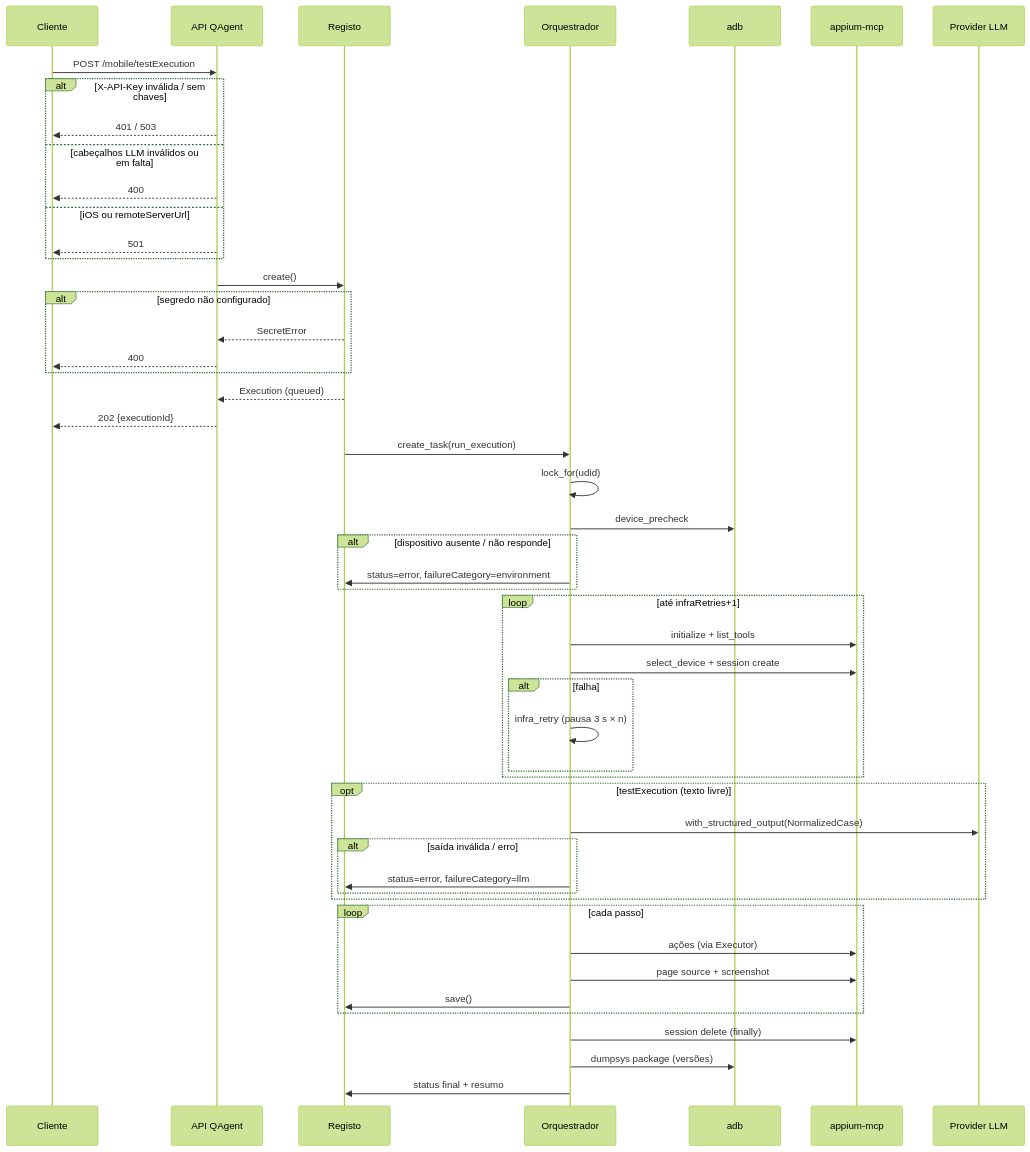
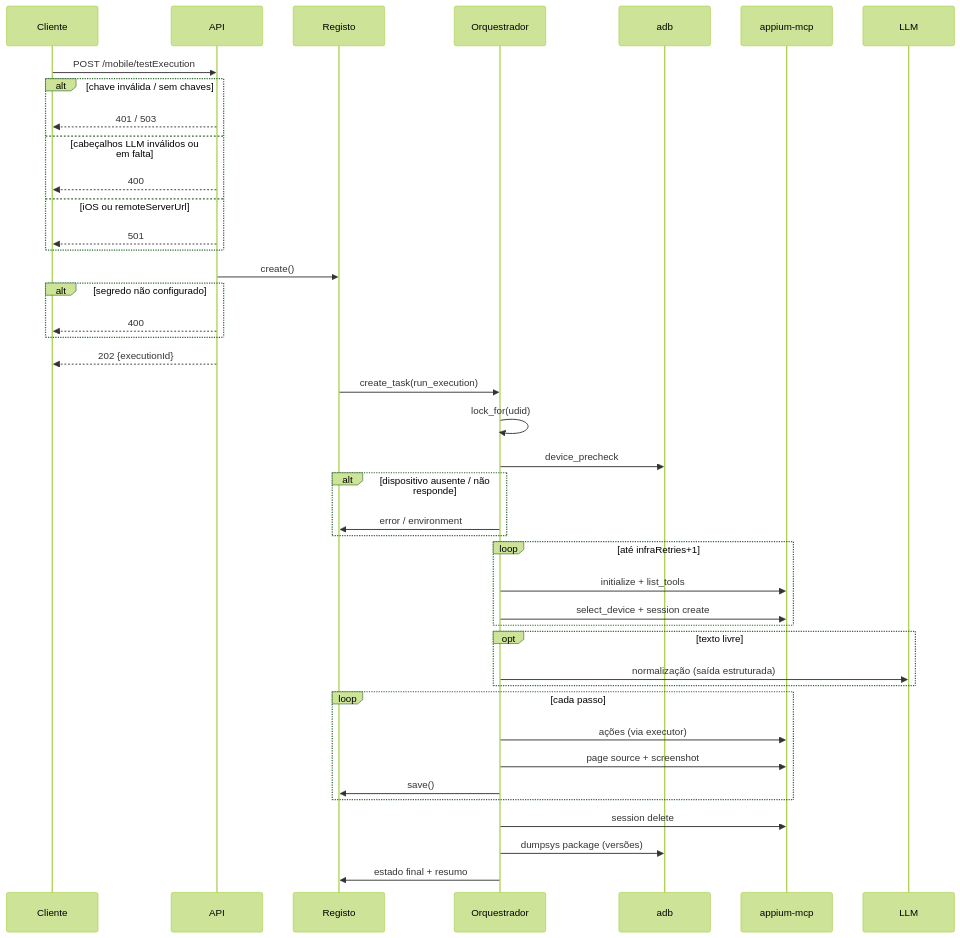
One commit to rualteixeira/QAgent changed the second of 4 diagrams in docs/ARQUITETURA.md. Above: the diagram before and after it, drawn with Mermaid (forest theme). The commit also changed other lines of this file, not shown here.

````diff
--- a/docs/ARQUITETURA.md
+++ b/docs/ARQUITETURA.md
@@ -540,53 +356,45 @@
 ```mermaid
 sequenceDiagram
     participant C as Cliente
-    participant API as API QAgent
+    participant API as API
     participant R as Registo
     participant O as Orquestrador
     participant A as adb
     participant M as appium-mcp
-    participant L as Provider LLM
+    participant L as LLM
 
     C->>API: POST /mobile/testExecution
-    alt X-API-Key inválida / sem chaves
+    alt chave inválida / sem chaves
         API-->>C: 401 / 503
     else cabeçalhos LLM inválidos ou em falta
         API-->>C: 400
     else iOS ou remoteServerUrl
         API-->>C: 501
     end
     API->>R: create()
     alt segredo não configurado
-        R-->>API: SecretError
         API-->>C: 400
     end
-    R-->>API: Execution (queued)
     API-->>C: 202 {executionId}
     R->>O: create_task(run_execution)
     O->>O: lock_for(udid)
     O->>A: device_precheck
     alt dispositivo ausente / não responde
-        O->>R: status=error, failureCategory=environment
+        O->>R: error / environment
     end
     loop até infraRetries+1
         O->>M: initialize + list_tools
         O->>M: select_device + session create
-        alt falha
-            O->>O: infra_retry (pausa 3 s × n)
-        end
     end
-    opt testExecution (texto livre)
-        O->>L: with_structured_output(NormalizedCase)
-        alt saída inválida / erro
-            O->>R: status=error, failureCategory=llm
-        end
+    opt texto livre
+        O->>L: normalização (saída estruturada)
     end
     loop cada passo
-        O->>M: ações (via Executor)
+        O->>M: ações (via executor)
         O->>M: page source + screenshot
         O->>R: save()
     end
-    O->>M: session delete (finally)
+    O->>M: session delete
     O->>A: dumpsys package (versões)
-    O->>R: status final + resumo
+    O->>R: estado final + resumo
 ```
````
